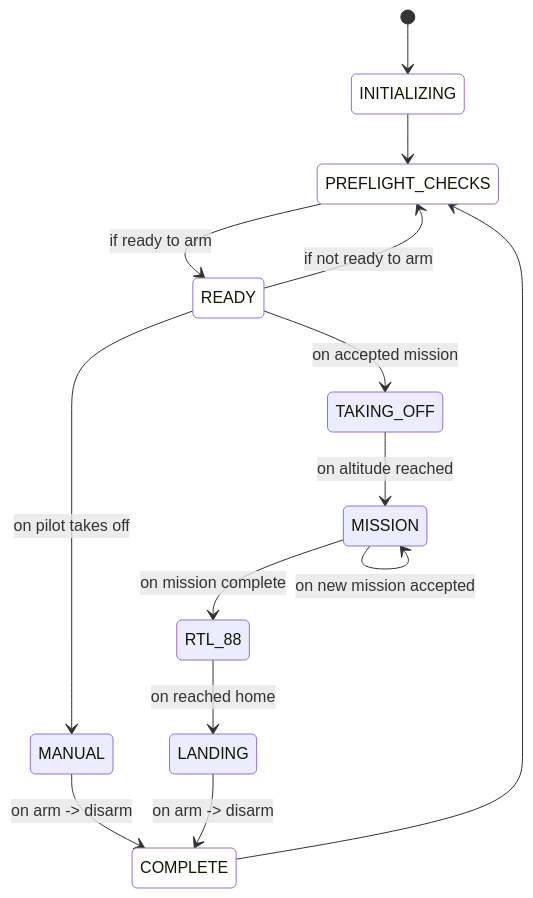
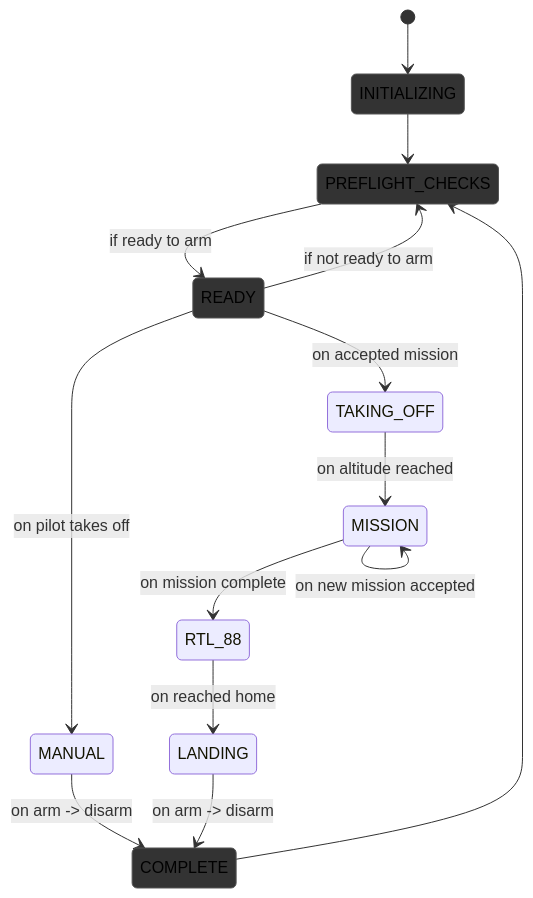
Before and after one commit to robotics-88/open-drone-docs: the diagram in docs/system/architecture/statemachine.md, drawn with Mermaid. The commit also changed 4 other files, not shown here.

Commit message:
Added data flow page with diagrams, placeholder page to fill in decision making deets

````diff
--- a/docs/system/architecture/statemachine.md
+++ b/docs/system/architecture/statemachine.md
@@ -5,25 +5,25 @@
 ```mermaid
 stateDiagram
    direction TB
 
    accTitle: State machine diagram for Open Drone Core
 
-   classDef system fill:white
-   
+   classDef system fill:var(--md-default-bg-color),stroke:#555,color:var(--md-default-fg-color)
+
    [*] --> INITIALIZING:::system
    INITIALIZING --> PREFLIGHT_CHECKS:::system
    PREFLIGHT_CHECKS--> READY:::system : if ready to arm
    READY --> PREFLIGHT_CHECKS : if not ready to arm
 
    READY --> MANUAL : on pilot takes off
    MANUAL --> COMPLETE:::system : on arm -> disarm
    COMPLETE --> PREFLIGHT_CHECKS
 
    READY --> TAKING_OFF : on accepted mission
    TAKING_OFF --> MISSION : on altitude reached
    MISSION --> MISSION : on new mission accepted
    MISSION --> RTL_88 : on mission complete
 
    RTL_88 --> LANDING : on reached home
    LANDING --> COMPLETE : on arm -> disarm
 ```
````
